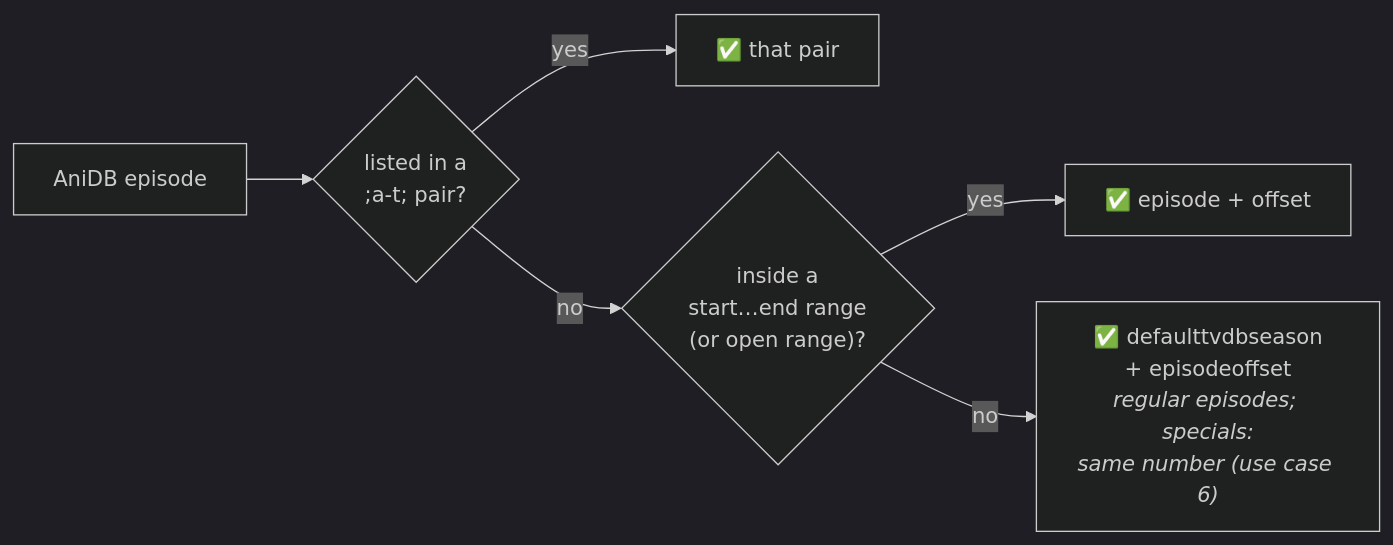
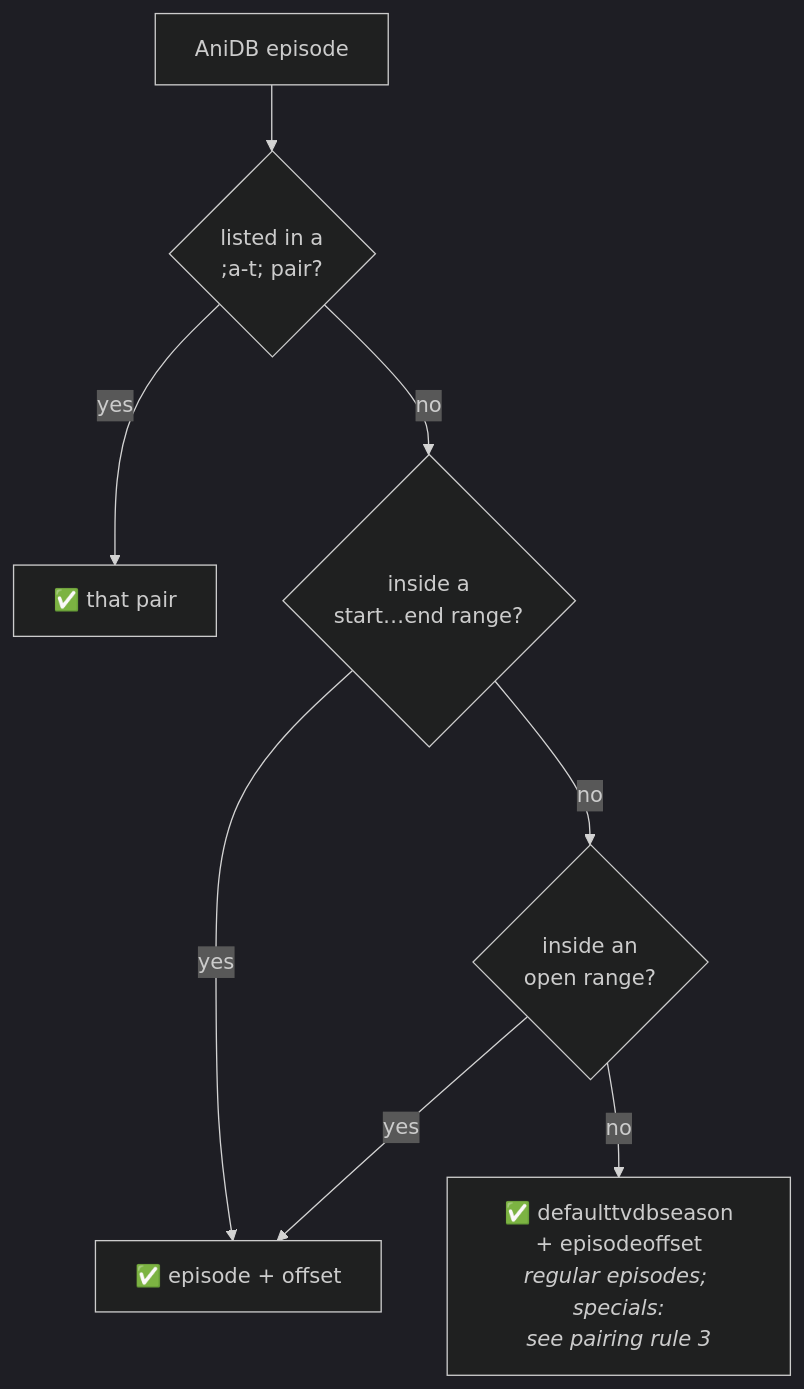
One commit to KurtzPT/kizuna changed the first of 2 diagrams in MAPPING.md. Above: the diagram before and after it, drawn with Mermaid (dark theme). The commit also changed other lines of this file and 17 other files, not shown here.

````diff
--- a/MAPPING.md
+++ b/MAPPING.md
@@ -83,8 +90,10 @@
 ```mermaid
-flowchart LR
+flowchart TD
     A["AniDB episode"] --> P{"listed in a<br/>;a-t; pair?"}
     P -- yes --> R1["✅ that pair"]
-    P -- no --> G{"inside a<br/>start…end range<br/>(or open range)?"}
+    P -- no --> G{"inside a<br/>start…end range?"}
     G -- yes --> R2["✅ episode + offset"]
-    G -- no --> D["✅ defaulttvdbseason<br/>+ episodeoffset<br/><i>regular episodes; specials:<br/>same number (use case 6)</i>"]
+    G -- no --> O{"inside an<br/>open range?"}
+    O -- yes --> R2
+    O -- no --> D["✅ defaulttvdbseason<br/>+ episodeoffset<br/><i>regular episodes; specials:<br/>see pairing rule 3</i>"]
 ```
````
